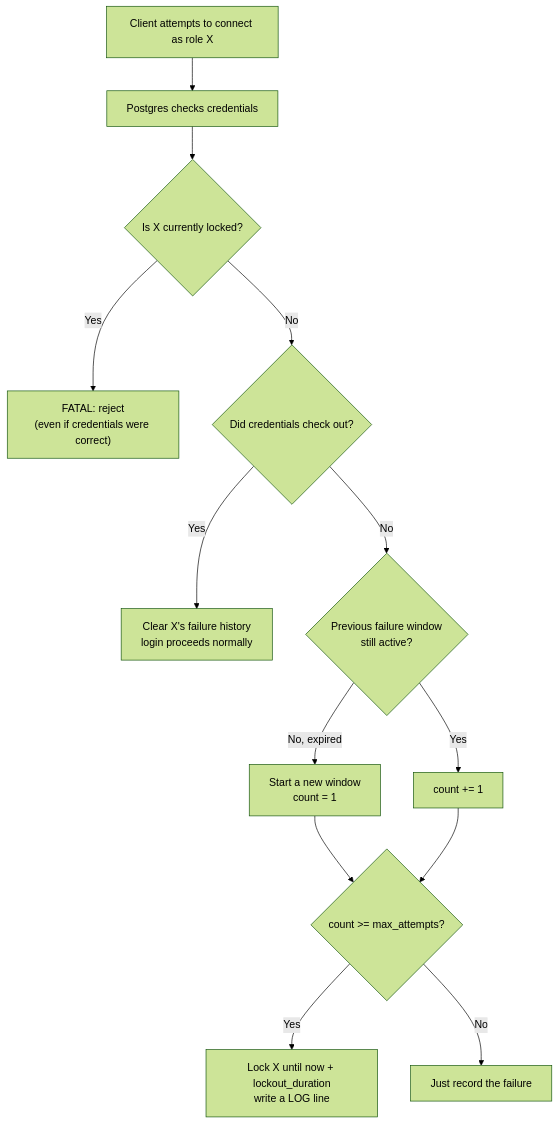
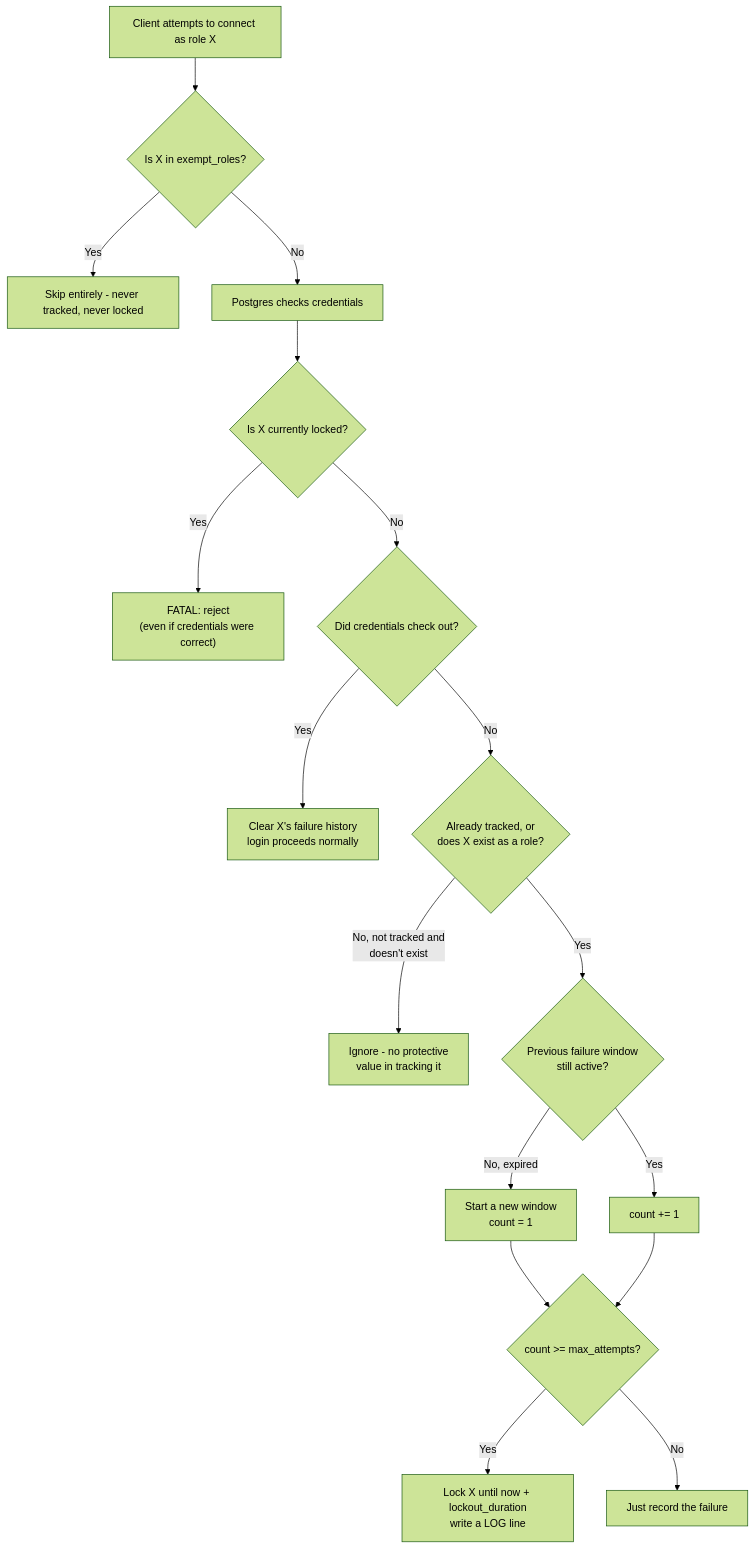
One commit to mbpcore/pg_login_guard changed the diagram in introduction.md. Above: the diagram before and after it, drawn with Mermaid (forest theme). The commit also changed other lines of this file and 2 other files, not shown here.

````diff
--- a/introduction.md
+++ b/introduction.md
@@ -36,15 +36,19 @@
 ```mermaid
 flowchart TD
-    A[Client attempts to connect as role X] --> B[Postgres checks credentials]
+    A[Client attempts to connect as role X] --> Z{Is X in exempt_roles?}
+    Z -->|Yes| ZZ[Skip entirely - never tracked, never locked]
+    Z -->|No| B[Postgres checks credentials]
     B --> C{Is X currently locked?}
     C -->|Yes| D["FATAL: reject\n(even if credentials were correct)"]
     C -->|No| E{Did credentials check out?}
     E -->|Yes| F[Clear X's failure history\nlogin proceeds normally]
-    E -->|No| G{Previous failure window\nstill active?}
+    E -->|No| M{Already tracked, or\ndoes X exist as a role?}
+    M -->|No, not tracked and\ndoesn't exist| N[Ignore - no protective\nvalue in tracking it]
+    M -->|Yes| G{Previous failure window\nstill active?}
     G -->|No, expired| H[Start a new window\ncount = 1]
     G -->|Yes| I[count += 1]
     H --> J{count >= max_attempts?}
     I --> J
     J -->|Yes| K[Lock X until now + lockout_duration\nwrite a LOG line]
     J -->|No| L[Just record the failure]
 ```
````
